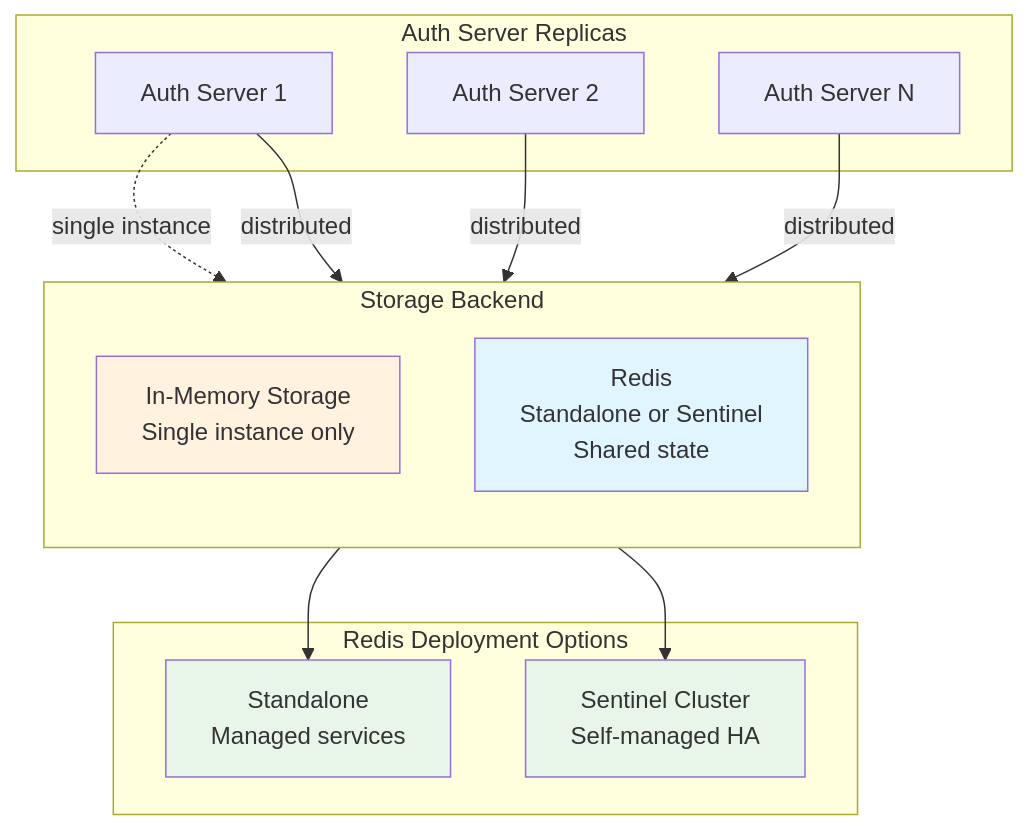
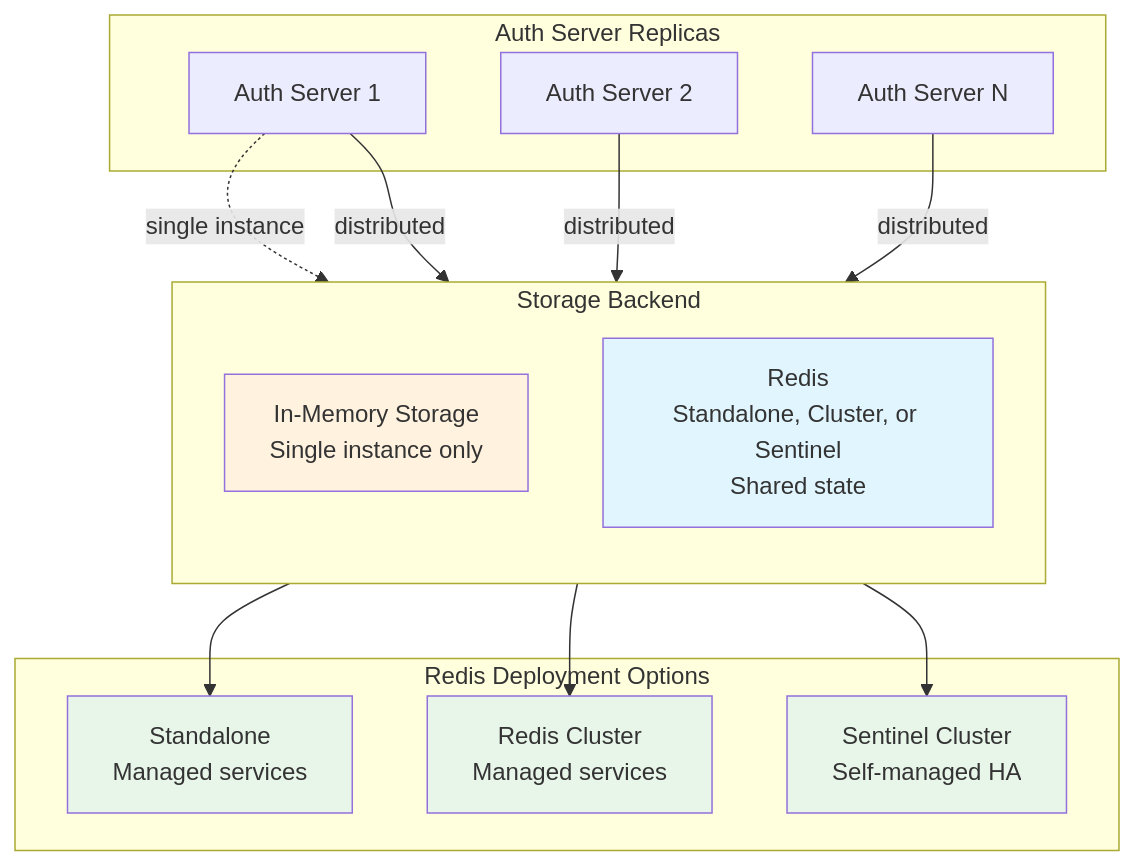
One commit to stacklok/toolhive changed the diagram in docs/arch/11-auth-server-storage.md. Above: the diagram before and after it, drawn with Mermaid. The commit also changed other lines of this file and 14 other files, not shown here.

````diff
--- a/docs/arch/11-auth-server-storage.md
+++ b/docs/arch/11-auth-server-storage.md
@@ -12,32 +12,35 @@
 ```mermaid
 graph TB
     subgraph "Auth Server Replicas"
         AS1[Auth Server 1]
         AS2[Auth Server 2]
         AS3[Auth Server N]
     end
 
     subgraph "Storage Backend"
         direction TB
         Memory[In-Memory Storage<br/>Single instance only]
-        Redis[Redis<br/>Standalone or Sentinel<br/>Shared state]
+        Redis[Redis<br/>Standalone, Cluster, or Sentinel<br/>Shared state]
     end
 
     AS1 -.->|single instance| Memory
     AS1 -->|distributed| Redis
     AS2 -->|distributed| Redis
     AS3 -->|distributed| Redis
 
     subgraph "Redis Deployment Options"
         Standalone[Standalone<br/>Managed services]
+        Cluster[Redis Cluster<br/>Managed services]
         Sentinel[Sentinel Cluster<br/>Self-managed HA]
     end
 
     Redis --> Standalone
+    Redis --> Cluster
     Redis --> Sentinel
 
     style Memory fill:#fff3e0
     style Redis fill:#e1f5fe
     style Standalone fill:#e8f5e9
+    style Cluster fill:#e8f5e9
     style Sentinel fill:#e8f5e9
 ```
````
